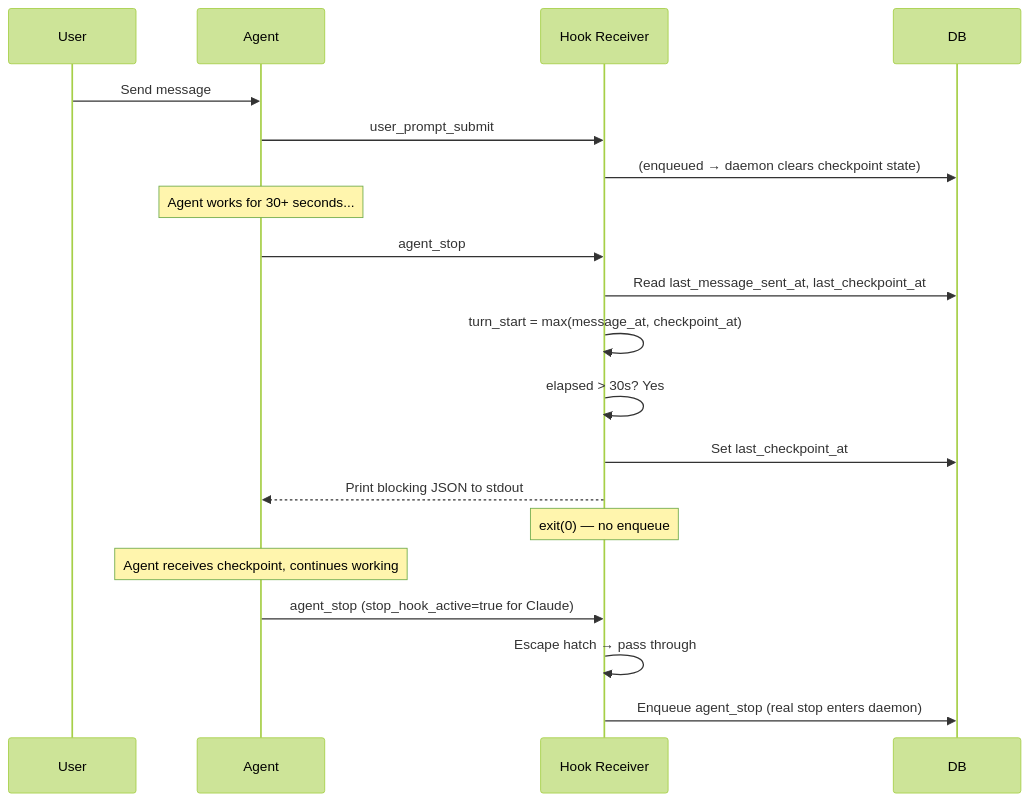
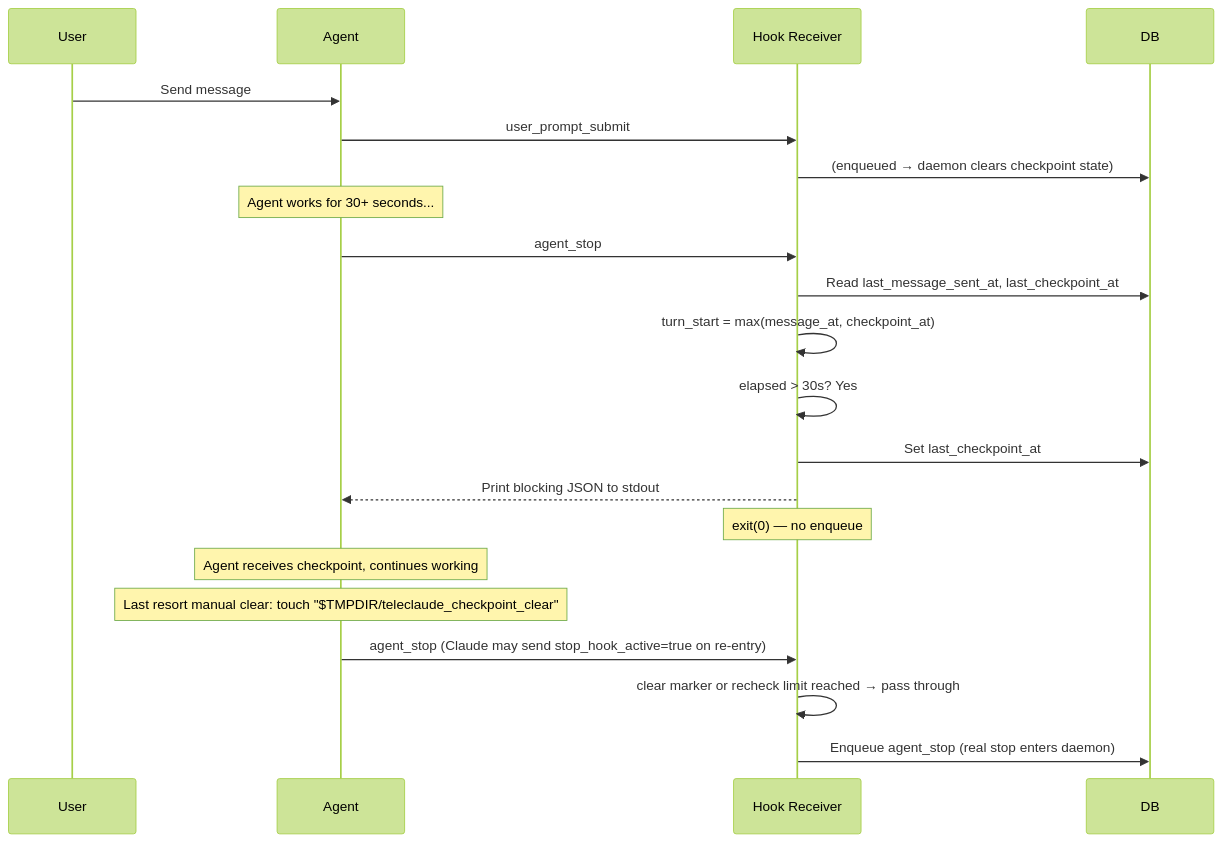
One commit to InstruktAI/TeleClaude changed the second of 5 diagrams in docs/project/design/architecture/checkpoint-system.md. Above: the diagram before and after it, drawn with Mermaid (forest theme). The commit also changed other lines of this file and 4 other files, not shown here.

Commit message:
fix(hooks): harden checkpoint escape hatch semantics

````diff
--- a/docs/project/design/architecture/checkpoint-system.md
+++ b/docs/project/design/architecture/checkpoint-system.md
@@ -113,26 +113,27 @@
 ```mermaid
 sequenceDiagram
     participant User
     participant Agent
     participant Hook as Hook Receiver
     participant DB
 
     User->>Agent: Send message
     Agent->>Hook: user_prompt_submit
     Hook->>DB: (enqueued → daemon clears checkpoint state)
 
     Note over Agent: Agent works for 30+ seconds...
 
     Agent->>Hook: agent_stop
     Hook->>DB: Read last_message_sent_at, last_checkpoint_at
     Hook->>Hook: turn_start = max(message_at, checkpoint_at)
     Hook->>Hook: elapsed > 30s? Yes
     Hook->>DB: Set last_checkpoint_at
     Hook-->>Agent: Print blocking JSON to stdout
     Note over Hook: exit(0) — no enqueue
 
     Note over Agent: Agent receives checkpoint, continues working
-    Agent->>Hook: agent_stop (stop_hook_active=true for Claude)
-    Hook->>Hook: Escape hatch → pass through
+    Note over Agent: Last resort manual clear: touch "$TMPDIR/teleclaude_checkpoint_clear"
+    Agent->>Hook: agent_stop (Claude may send stop_hook_active=true on re-entry)
+    Hook->>Hook: clear marker or recheck limit reached → pass through
     Hook->>DB: Enqueue agent_stop (real stop enters daemon)
 ```
````
